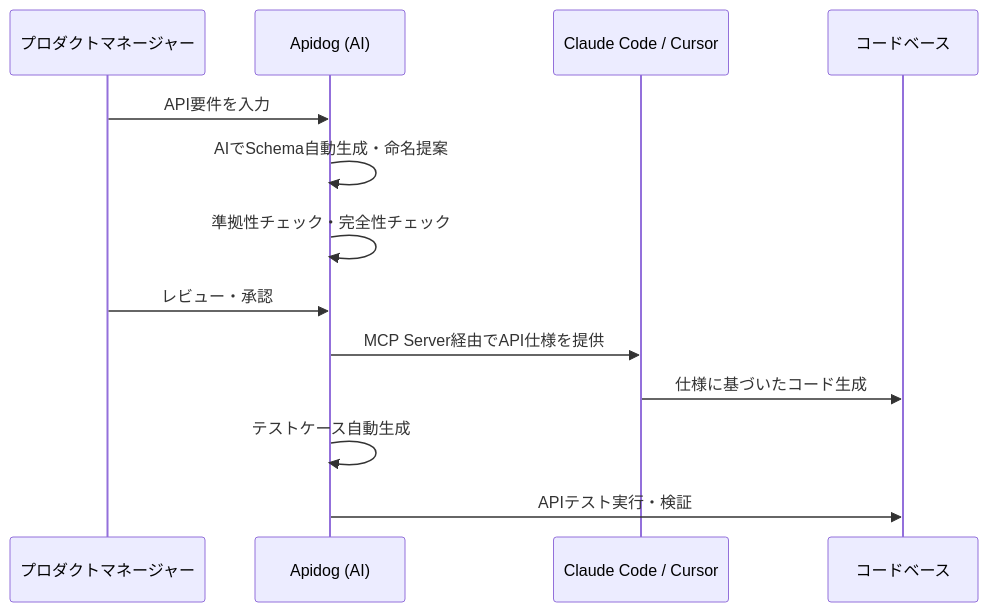
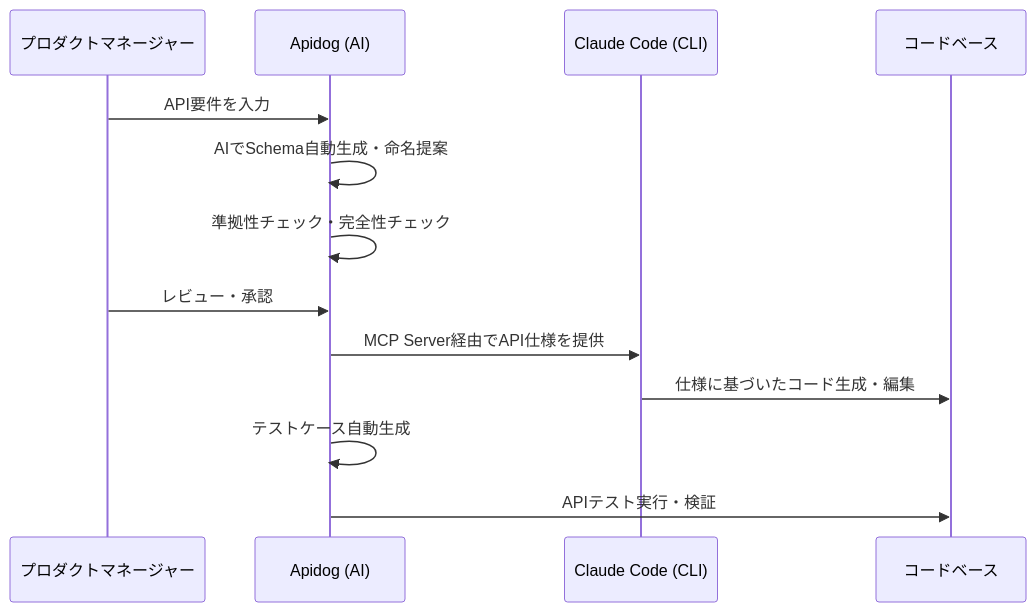
The sixth of 20 diagrams in AI駆動開発.md (takuma39/ai), drawn with Mermaid before and after one commit. The commit also changed other lines of this file, not shown here.

````diff
--- a/AI駆動開発.md
+++ b/AI駆動開発.md
@@ -415,16 +413,16 @@
 ```mermaid
 sequenceDiagram
     participant PM as プロダクトマネージャー
     participant Apidog as Apidog (AI)
-    participant AI as Claude Code / Cursor
+    participant AI as Claude Code (CLI)
     participant Code as コードベース
 
     PM->>Apidog: API要件を入力
     Apidog->>Apidog: AIでSchema自動生成・命名提案
     Apidog->>Apidog: 準拠性チェック・完全性チェック
     PM->>Apidog: レビュー・承認
     Apidog->>AI: MCP Server経由でAPI仕様を提供
-    AI->>Code: 仕様に基づいたコード生成
+    AI->>Code: 仕様に基づいたコード生成・編集
     Apidog->>Apidog: テストケース自動生成
     Apidog->>Code: APIテスト実行・検証
 ```
````
